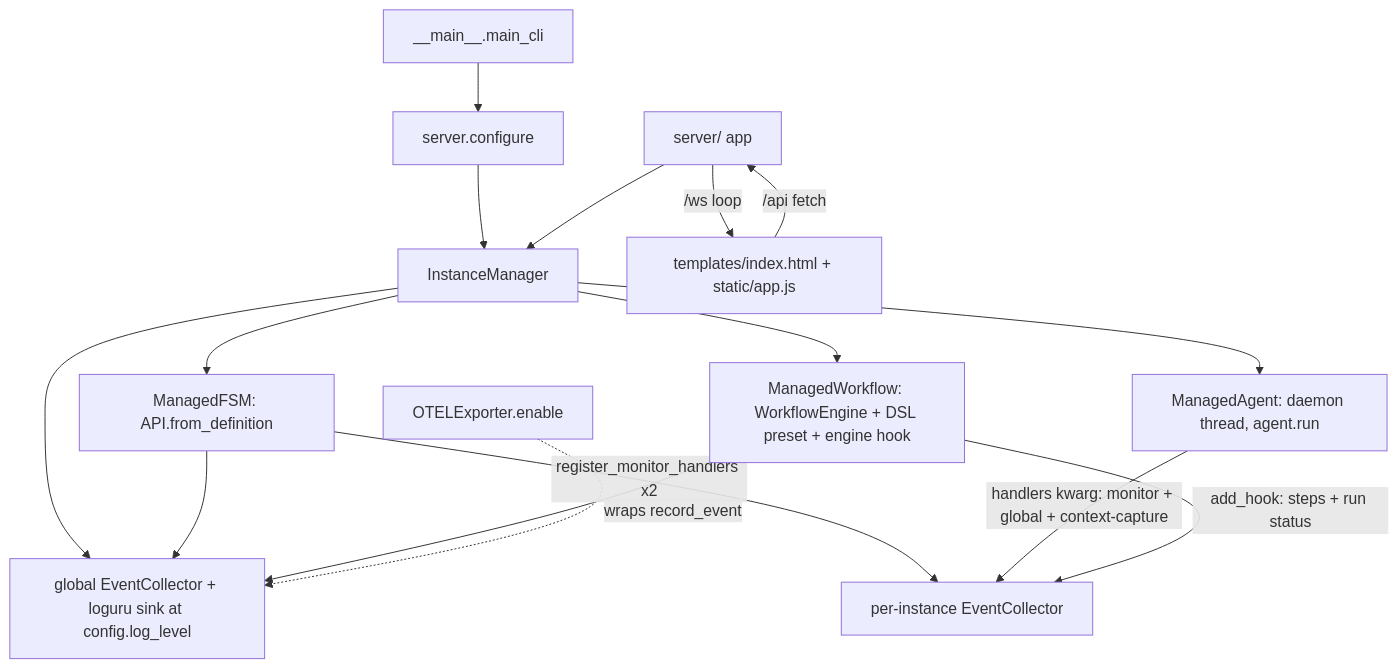
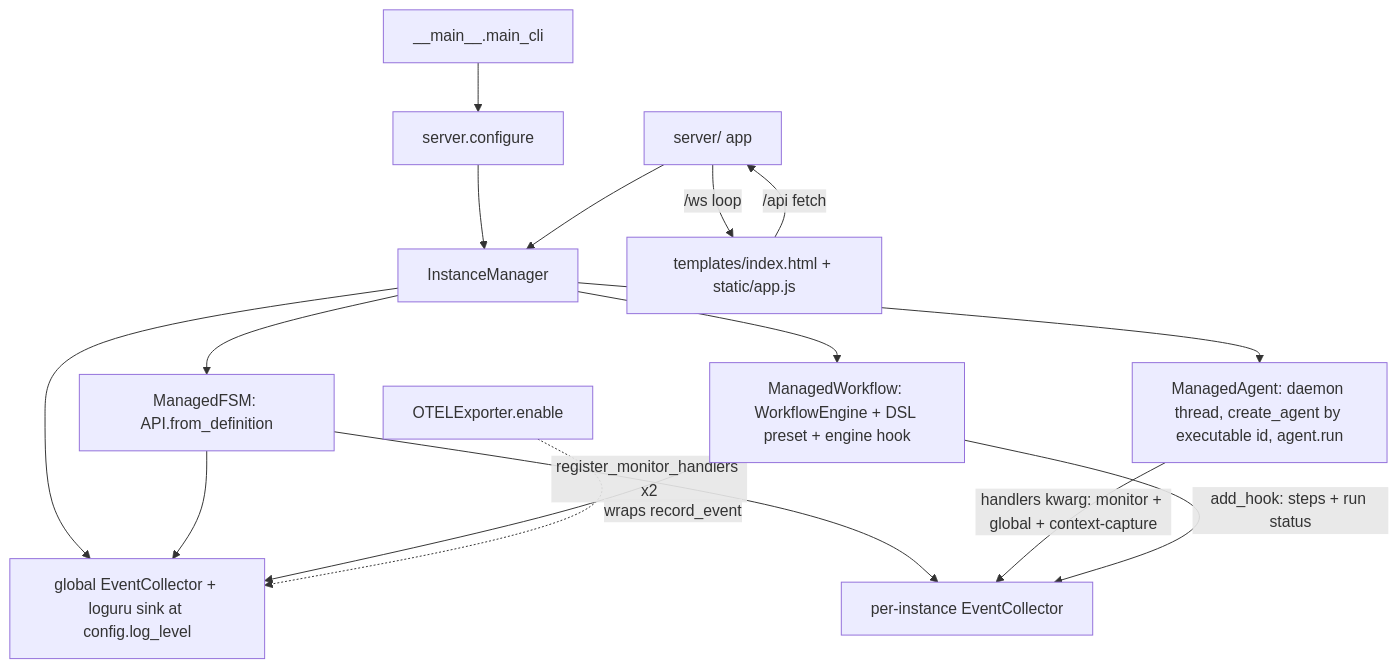
Before and after one commit to NikolasMarkou/fsm_llm: the diagram in src/fsm_llm/monitor/AGENTS.md, drawn with Mermaid. The commit also changed other lines of this file and 24 other files, not shown here.

````diff
--- a/src/fsm_llm/monitor/AGENTS.md
+++ b/src/fsm_llm/monitor/AGENTS.md
@@ -12,18 +12,18 @@
 ```mermaid
 flowchart TD
     CLI[__main__.main_cli] --> Cfg[server.configure]
     Cfg --> IM[InstanceManager]
     IM --> GC[global EventCollector + loguru sink at config.log_level]
     IM --> MF[ManagedFSM: API.from_definition]
-    IM --> MA[ManagedAgent: daemon thread, agent.run]
+    IM --> MA[ManagedAgent: daemon thread, create_agent by executable id, agent.run]
     IM --> MW[ManagedWorkflow: WorkflowEngine + DSL preset + engine hook]
     MF -- register_monitor_handlers x2 --> PC[per-instance EventCollector]
     MF --> GC
     MA -- handlers kwarg: monitor + global + context-capture --> PC
     MW -- add_hook: steps + run status --> PC
     MW --> GC
     Server[server/ app] --> IM
     Server -- /ws loop --> Browser[templates/index.html + static/app.js]
     Browser -- /api fetch --> Server
     OTEL[OTELExporter.enable] -. wraps record_event .-> GC
 ```
````
